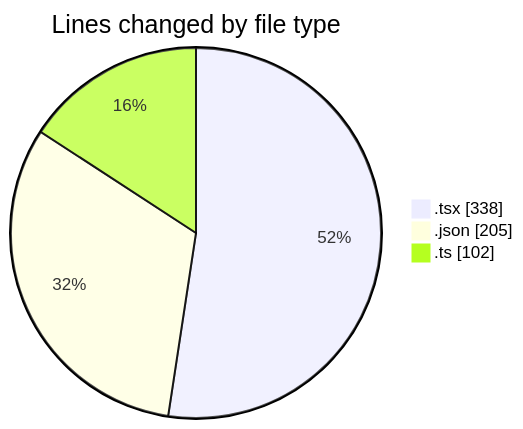
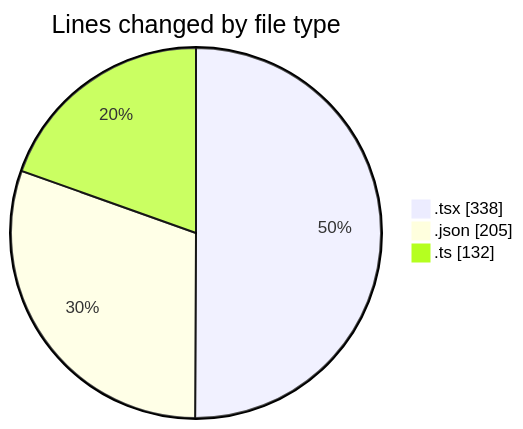
One commit to Elitesun/code-tracking changed the first of 2 diagrams in 2025-04-30/niten/README.md. Above: the diagram before and after it, drawn with Mermaid. The commit also changed other lines of this file and 1 other file, not shown here.

````diff
--- a/2025-04-30/niten/README.md
+++ b/2025-04-30/niten/README.md
@@ -30,7 +32,7 @@
 ```mermaid
 pie showData
 title Lines changed by file type
 ".tsx" : 338
 ".json" : 205
-".ts" : 102
+".ts" : 132
 ```
````
